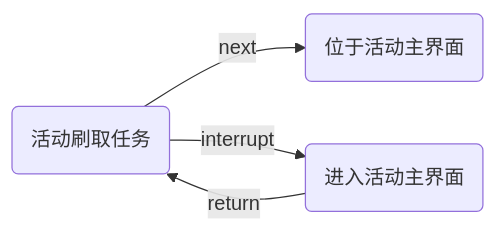
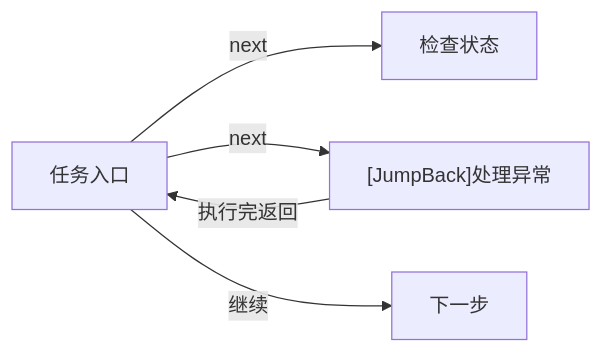
The diagram in docs/zh_cn/develop/pipeline.md (lamb203/M9A), drawn with Mermaid before and after one commit. The commit also changed other lines of this file and 17 other files, not shown here.

````diff
--- a/docs/zh_cn/develop/pipeline.md
+++ b/docs/zh_cn/develop/pipeline.md
@@ -86,6 +76,7 @@
 ```mermaid
 graph LR
-   A(活动刷取任务) --> |next| B(位于活动主界面)
-   A --> |interrupt| C(进入活动主界面)
-   C --> |return| A
+    A[任务入口] --> |next| B[检查状态]
+    A --> |next| C["[JumpBack]处理异常"]
+    C --> |执行完返回| A
+    A --> |继续| D[下一步]
 ```
````
